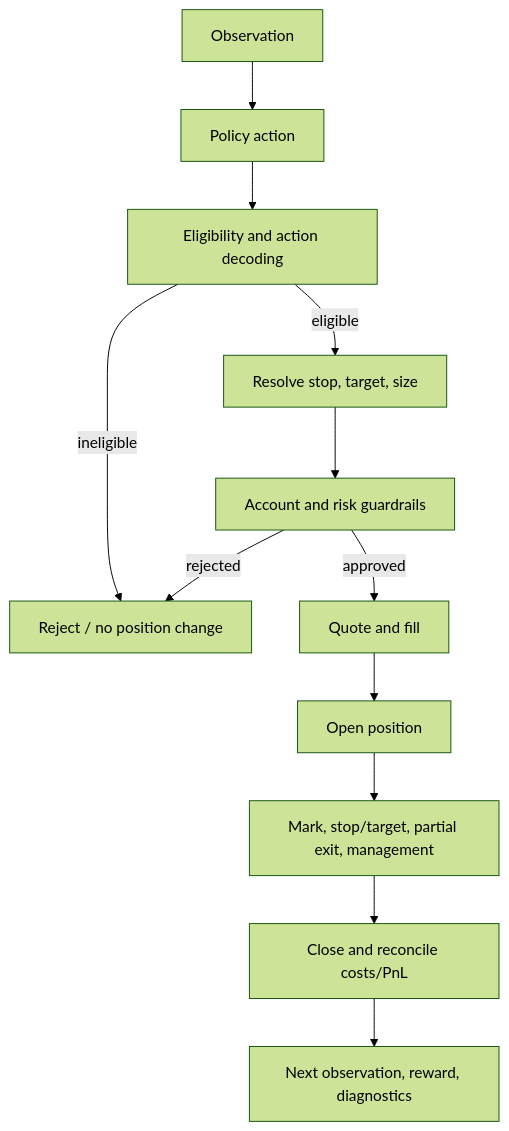
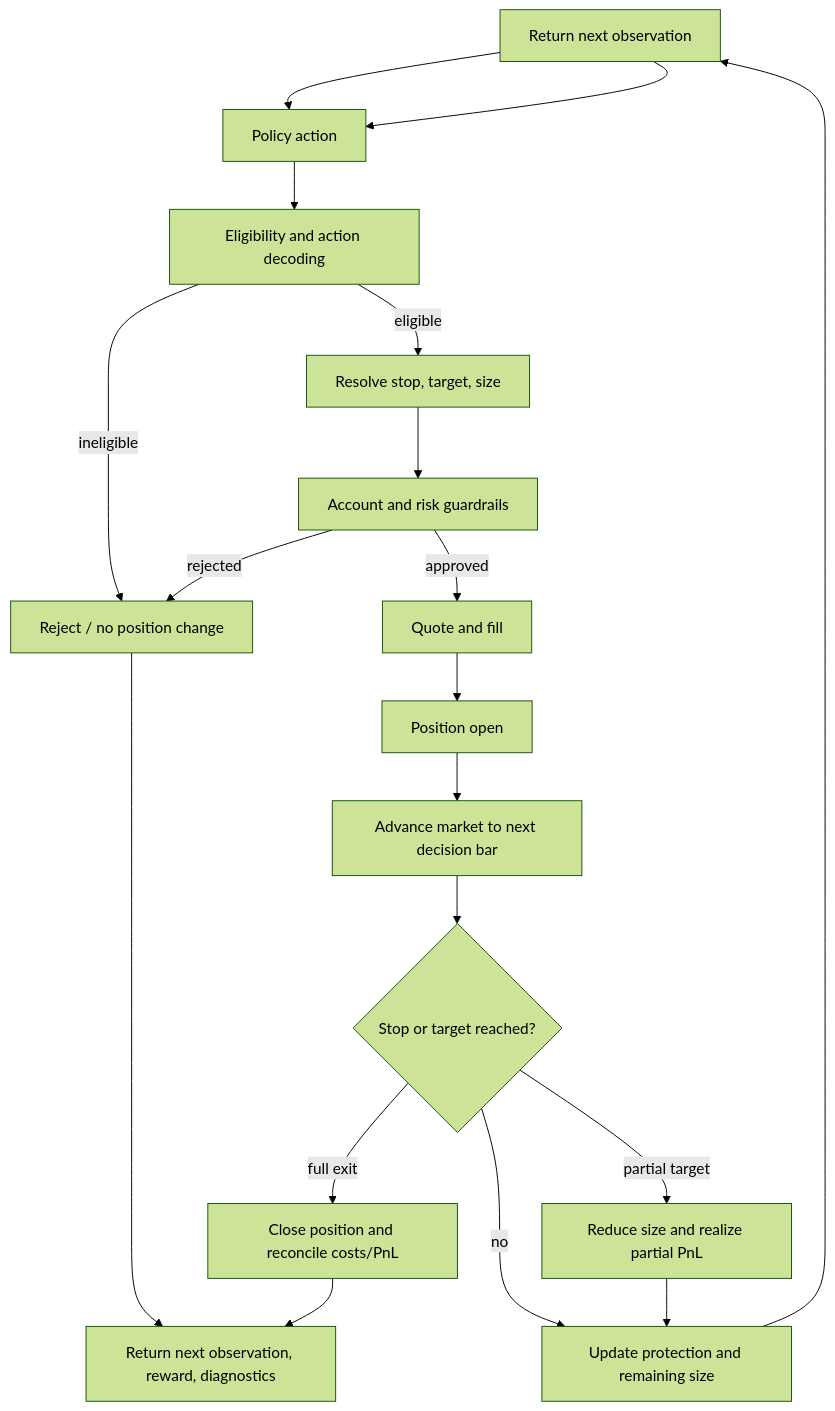
One commit to nntk072/Quantitative-RL-Trading-System changed the diagram in docs/concepts/trade_lifecycle.md. Above: the diagram before and after it, drawn with Mermaid (forest theme). The commit also changed other lines of this file and 65 other files, not shown here.

````diff
--- a/docs/concepts/trade_lifecycle.md
+++ b/docs/concepts/trade_lifecycle.md
@@ -11,14 +14,21 @@
 ```mermaid
 flowchart TD
     O[Observation] --> A[Policy action]
     A --> E[Eligibility and action decoding]
     E -->|ineligible| R[Reject / no position change]
     E -->|eligible| S[Resolve stop, target, size]
     S --> G[Account and risk guardrails]
     G -->|rejected| R
     G -->|approved| F[Quote and fill]
-    F --> P[Open position]
-    P --> M[Mark, stop/target, partial exit, management]
-    M --> C[Close and reconcile costs/PnL]
-    C --> N[Next observation, reward, diagnostics]
+    R --> N[Return next observation, reward, diagnostics]
+    F --> P[Position open]
+    P --> B[Advance market to next decision bar]
+    B --> H{Stop or target reached?}
+    H -->|no| U[Update protection and remaining size]
+    U --> O[Return next observation]
+    O --> A
+    H -->|partial target| Q[Reduce size and realize partial PnL]
+    Q --> U
+    H -->|full exit| C[Close position and reconcile costs/PnL]
+    C --> N[Return next observation, reward, diagnostics]
 ```
````
